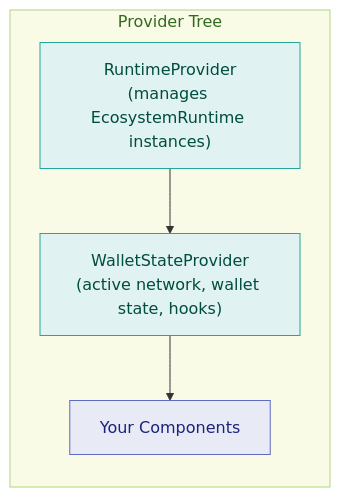
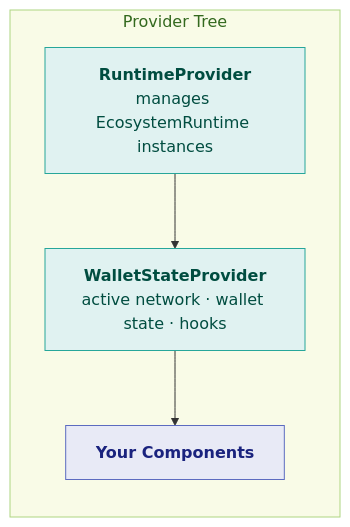
The first of 2 diagrams in content/tools/uikit/react-integration.mdx (OpenZeppelin/docs), drawn with Mermaid before and after one commit.

Commit message:
docs(uikit): restore full provider descriptions in Provider Tree diagram
The previous commit reduced the information shown to users (e.g. 'EcosystemRuntir'
truncated to fit narrow LR nodes). Restored full descriptive text using bold
provider names with descriptions on separate lines, increased node spacing,
and set useMaxWidth:false to prevent truncation.

````diff
--- a/content/tools/uikit/react-integration.mdx
+++ b/content/tools/uikit/react-integration.mdx
@@ -11,16 +11,16 @@
 ```mermaid
-%%{init: {'flowchart': {'nodeSpacing': 40, 'rankSpacing': 40}} }%%
+%%{init: {'flowchart': {'nodeSpacing': 50, 'rankSpacing': 50, 'useMaxWidth': false}} }%%
 flowchart LR
   subgraph PT["Provider Tree"]
-    RP["RuntimeProvider<br/>(manages EcosystemRuntime instances)"]
-    WSP["WalletStateProvider<br/>(active network, wallet state, hooks)"]
-    App["Your Components"]
+    RP["<b>RuntimeProvider</b><br/>manages EcosystemRuntime instances"]
+    WSP["<b>WalletStateProvider</b><br/>active network · wallet state · hooks"]
+    App["<b>Your Components</b>"]
   end
 
   RP --> WSP --> App
 
   style RP fill:#e0f2f1,stroke:#26a69a,color:#004d40
   style WSP fill:#e0f2f1,stroke:#26a69a,color:#004d40
   style App fill:#e8eaf6,stroke:#5c6bc0,color:#1a237e
   style PT fill:#f9fbe7,stroke:#aed581,color:#33691e
 ```
````
